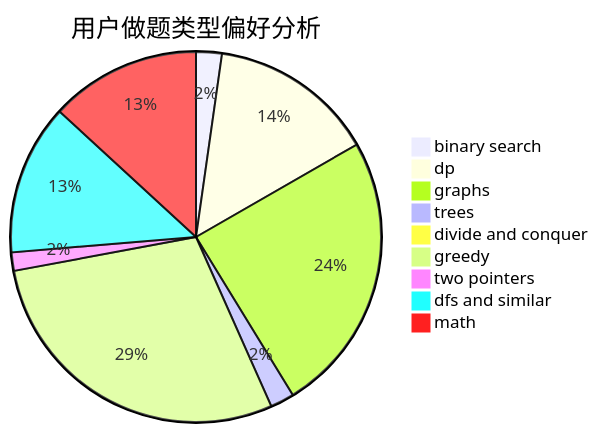
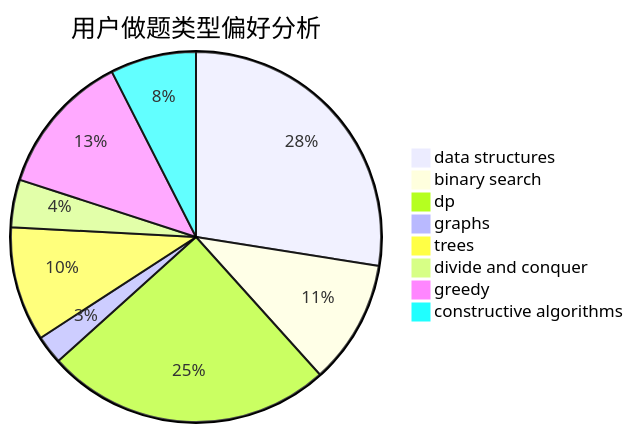
One commit to sherpahu/cfrs.github.io changed the second of 3 diagrams in docs/user/u938.md. Above: the diagram before and after it, drawn with Mermaid. The commit also changed other lines of this file and 2775 other files, not shown here.

````diff
--- a/docs/user/u938.md
+++ b/docs/user/u938.md
@@ -23,12 +23,11 @@
 ```mermaid
 pie title 用户做题类型偏好分析
-    "binary search" :  14
-    "dp" :  90
-    "graphs" :  153
-    "trees" :  13
+    "data structures" :  33
+    "binary search" :  13
+    "dp" :  30
+    "graphs" :  3
+    "trees" :  12
     "divide and conquer" :  5
-    "greedy" :  179
-    "two pointers" :  10
-    "dfs and similar" :  82
-    "math" :  82
+    "greedy" :  15
+    "constructive algorithms" :  9
 ```
````
